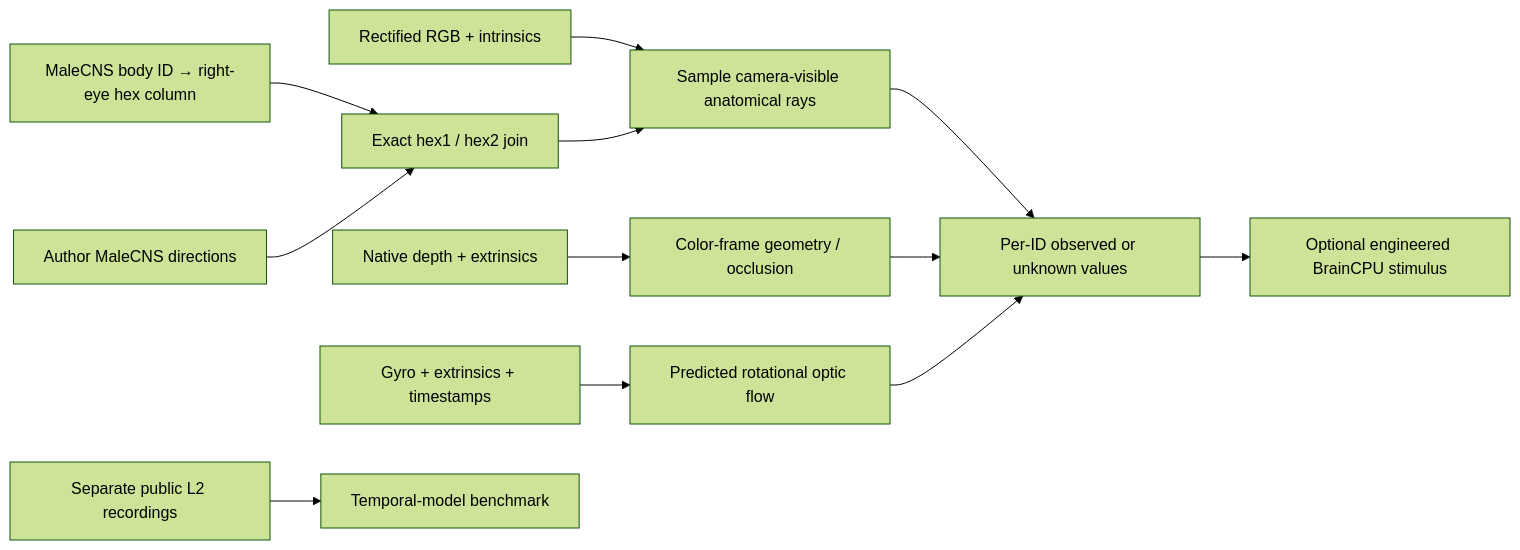
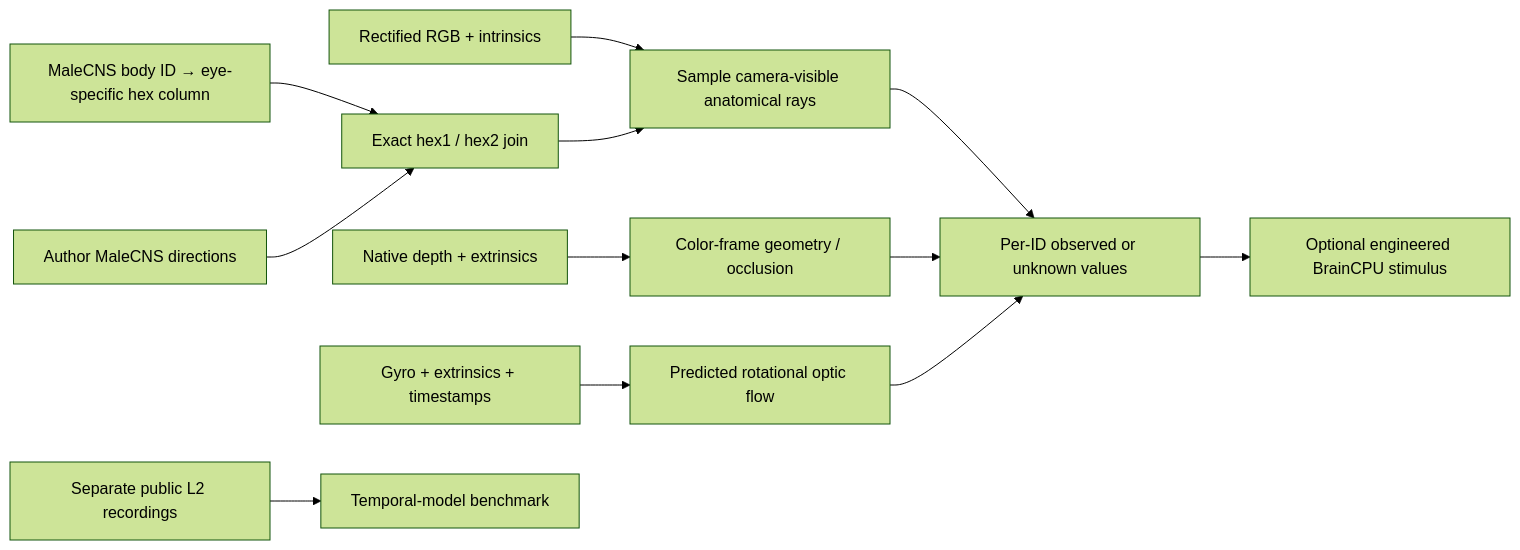
Before and after one commit to DylanZhangzzz/Fruit-fly-vision-bridge: the diagram in docs/mapping.md, drawn with Mermaid (forest theme). The commit also changed other lines of this file and 31 other files, not shown here.

````diff
--- a/docs/mapping.md
+++ b/docs/mapping.md
@@ -3,14 +3,14 @@
 ```mermaid
 flowchart LR
     RGB[Rectified RGB + intrinsics] --> Rays[Sample camera-visible anatomical rays]
-    Columns[MaleCNS body ID → right-eye hex column] --> Join[Exact hex1 / hex2 join]
+    Columns[MaleCNS body ID → eye-specific hex column] --> Join[Exact hex1 / hex2 join]
     Archive[Author MaleCNS directions] --> Join
     Join --> Rays
     Depth[Native depth + extrinsics] --> Geometry[Color-frame geometry / occlusion]
     IMU[Gyro + extrinsics + timestamps] --> Flow[Predicted rotational optic flow]
     Rays --> Channels[Per-ID observed or unknown values]
     Geometry --> Channels
     Flow --> Channels
     Channels --> Engineering[Optional engineered BrainCPU stimulus]
     Physiology[Separate public L2 recordings] --> Benchmark[Temporal-model benchmark]
 ```
````
